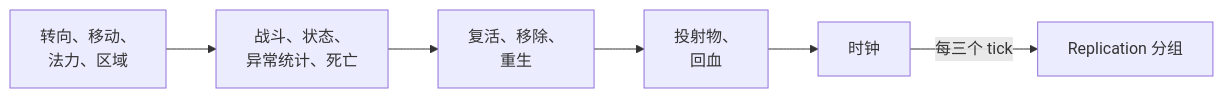
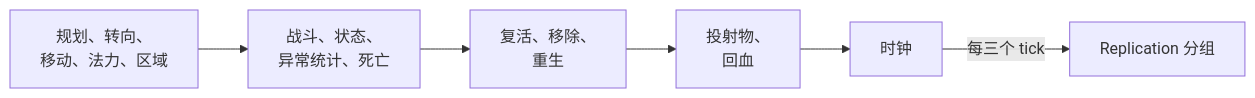
One commit to JasonXuDeveloper/EasyEcs changed the diagram in docs/content/example.zh.mdx. Above: the diagram before and after it, drawn with Mermaid. The commit also changed other lines of this file and 64 other files, not shown here.

````diff
--- a/docs/content/example.zh.mdx
+++ b/docs/content/example.zh.mdx
@@ -29,8 +31,8 @@
 ```mermaid
 flowchart LR
-    M["转向、移动、<br/>法力、区域"] --> F["战斗、状态、<br/>异常统计、死亡"]
+    M["规划、转向、<br/>移动、法力、区域"] --> F["战斗、状态、<br/>异常统计、死亡"]
     F --> R["复活、移除、<br/>重生"]
     R --> P["投射物、<br/>回血"]
     P --> C[时钟]
     C -->|每三个 tick| Rep["Replication 分组"]
 ```
````
